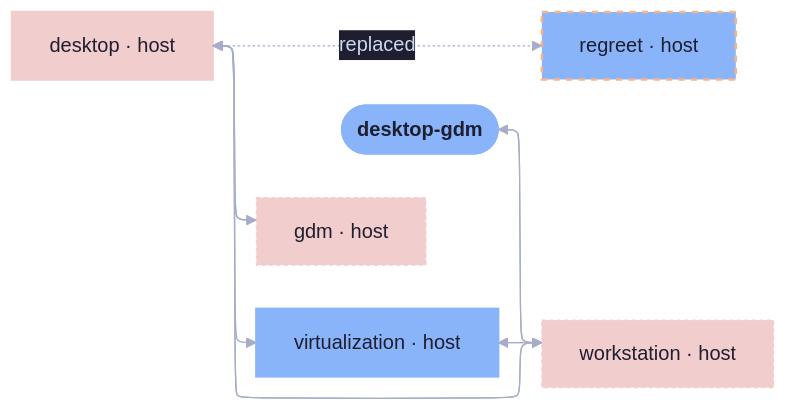
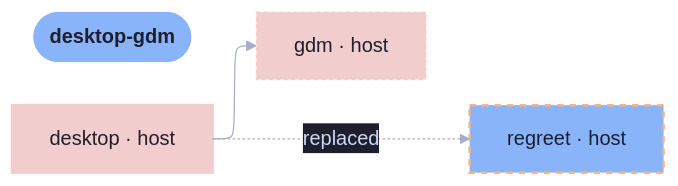
Before and after one commit to sini/den: the diagram in templates/diag-fx-demo/diagrams/desktop-gdm-decisions.md, drawn with Mermaid. The commit also changed 849 other files, not shown here.

Commit message:
chore: update fx diagrams

````diff
--- a/templates/diag-fx-demo/diagrams/desktop-gdm-decisions.md
+++ b/templates/diag-fx-demo/diagrams/desktop-gdm-decisions.md
@@ -5,29 +5,17 @@
 ```mermaid
 %%{init: {"elk":{"mergeEdges":true,"nodePlacementStrategy":"BRANDES_KOEPF"},"layout":"elk","theme":"base","themeVariables":{"activationBkgColor":"#313244","activationBorderColor":"#6c7086","actorBkg":"#313244","actorBorder":"#a6adc8","actorLineColor":"#a6adc8","actorTextColor":"#cdd6f4","background":"#1e1e2e","classText":"#cdd6f4","clusterBkg":"#313244","clusterBorder":"#6c7086","edgeLabelBackground":"#1e1e2e","labelBoxBkgColor":"#313244","labelBoxBorderColor":"#a6adc8","labelTextColor":"#cdd6f4","lineColor":"#a6adc8","loopTextColor":"#cdd6f4","mainBkg":"#313244","nodeBkg":"#313244","nodeBorder":"#a6adc8","nodeTextColor":"#cdd6f4","noteBkgColor":"#313244","noteBorderColor":"#6c7086","noteTextColor":"#cdd6f4","pie1":"#f38ba8","pie2":"#fab387","pie3":"#f9e2af","pie4":"#a6e3a1","pie5":"#94e2d5","pie6":"#89b4fa","pie7":"#cba6f7","pie8":"#f2cdcd","pieLegendTextColor":"#cdd6f4","pieOuterStrokeColor":"#6c7086","pieSectionTextColor":"#cdd6f4","pieStrokeColor":"#6c7086","pieTitleTextColor":"#cdd6f4","primaryBorderColor":"#a6adc8","primaryColor":"#313244","primaryTextColor":"#cdd6f4","secondBkg":"#313244","secondaryBorderColor":"#6c7086","secondaryColor":"#313244","secondaryTextColor":"#cdd6f4","sequenceNumberColor":"#1e1e2e","signalColor":"#a6adc8","signalTextColor":"#cdd6f4","tertiaryBorderColor":"#6c7086","tertiaryColor":"#313244","tertiaryTextColor":"#cdd6f4","textColor":"#cdd6f4","titleColor":"#cdd6f4"}}}%%
 graph LR
   desktop_gdm([desktop-gdm]):::root
   desktop["desktop · host"]:::desktop_c
   gdm["gdm · host"]:::gdm_c
   regreet["regreet · host"]:::regreet_c
-  virtualization["virtualization · host"]:::virtualization_c
-  workstation["workstation · host"]:::workstation_c
 
   desktop --> gdm
-  desktop --> workstation
   desktop -.->|replaced| regreet
-  desktop --> virtualization
-  desktop_gdm --> workstation
-  gdm --> desktop
-  virtualization --> workstation
-  workstation --> desktop
-  workstation --> desktop_gdm
-  workstation --> virtualization
 
   classDef root fill:#89b4fa,stroke:#89b4fa,color:#1e1e2e,font-weight:bold
   classDef desktop_c fill:#f2cdcd,stroke:#f2cdcd,color:#1e1e2e,stroke-width:2px
-  classDef desktop_gdm_c fill:#f2cdcd,stroke:#f2cdcd,color:#1e1e2e,stroke-width:3px
+  classDef desktop_gdm_c fill:#f2cdcd,stroke:#f2cdcd,color:#1e1e2e,stroke-width:2px
   classDef gdm_c fill:#f2cdcd,stroke:#f2cdcd,color:#1e1e2e,stroke-dasharray: 3 3,stroke-width:1px
   classDef regreet_c fill:#89b4fa,stroke:#fab387,color:#1e1e2e,stroke-dasharray: 5 5,stroke-width:2px
-  classDef virtualization_c fill:#89b4fa,stroke:#89b4fa,color:#1e1e2e,stroke-width:2px
-  classDef workstation_c fill:#f2cdcd,stroke:#f2cdcd,color:#1e1e2e,stroke-dasharray: 3 3,stroke-width:1px
 ```
````
